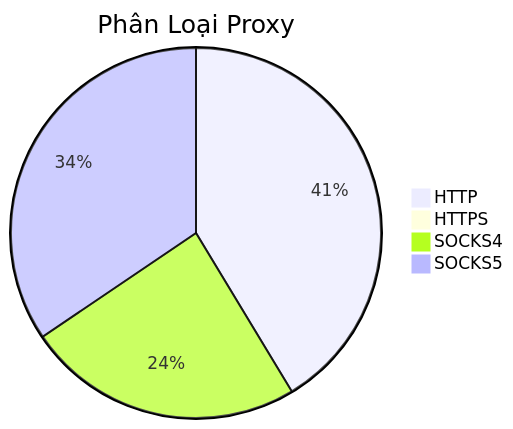
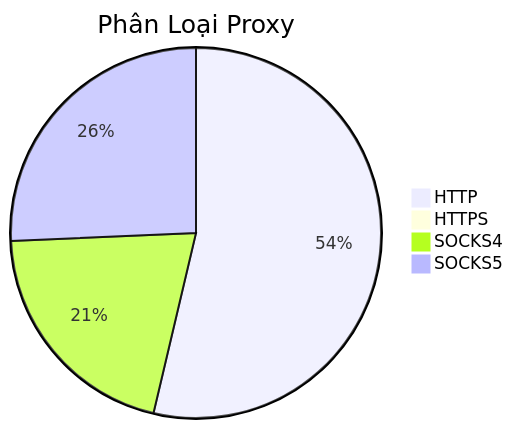
One commit to Ciara-12/PROXY-free changed the diagram in README.md. Above: the diagram before and after it, drawn with Mermaid. The commit also changed other lines of this file and 4 other files, not shown here.

````diff
--- a/README.md
+++ b/README.md
@@ -26,7 +26,7 @@
 ```mermaid
 pie title Phân Loại Proxy
-    "HTTP" : 535
-    "HTTPS" : 0
-    "SOCKS4" : 313
-    "SOCKS5" : 446
+    "HTTP" : 786
+    "HTTPS" : 2
+    "SOCKS4" : 302
+    "SOCKS5" : 376
 ```
````
